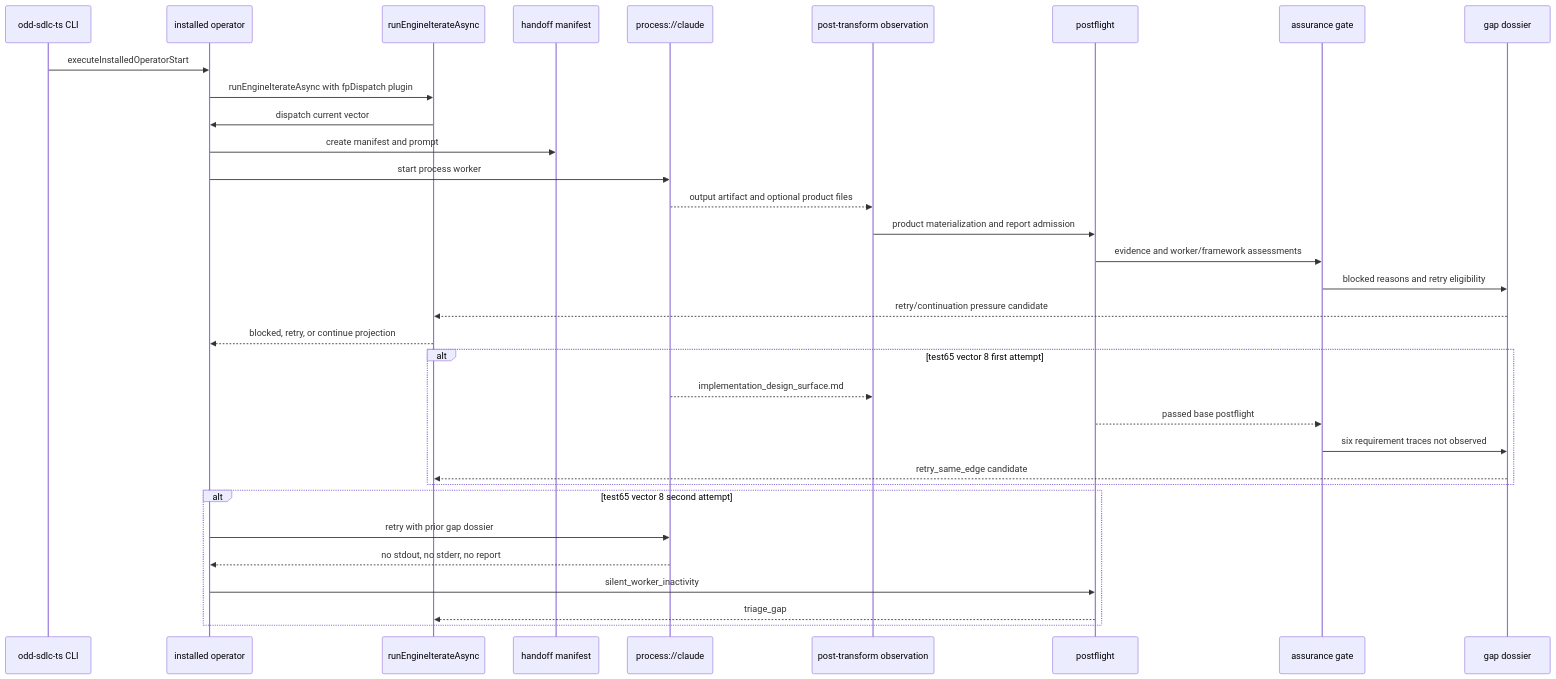
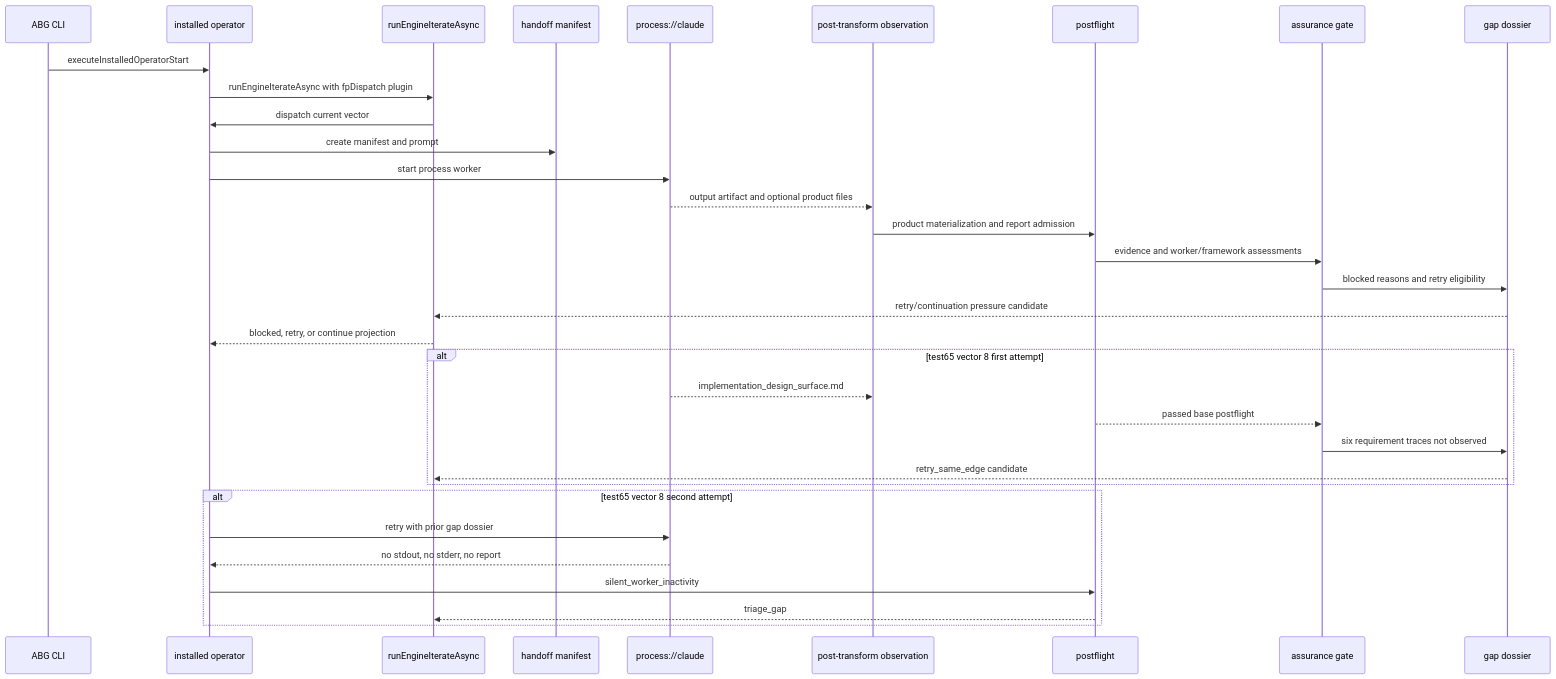
Before and after one commit to foolishimp/odd_sdlc: the fourth of 6 diagrams in build_tenants/typescript/design/ODD_SDLC_TYPESCRIPT_TRAVERSAL_LEDGER_SOLUTION.md, drawn with Mermaid. The commit also changed other lines of this file and 27 other files, not shown here.

Commit message:
Decommission odd_sdlc public CLI bin

````diff
--- a/build_tenants/typescript/design/ODD_SDLC_TYPESCRIPT_TRAVERSAL_LEDGER_SOLUTION.md
+++ b/build_tenants/typescript/design/ODD_SDLC_TYPESCRIPT_TRAVERSAL_LEDGER_SOLUTION.md
@@ -501,38 +501,38 @@
 ```mermaid
 sequenceDiagram
-  participant CLI as odd-sdlc-ts CLI
+  participant CLI as ABG CLI
   participant Operator as installed operator
   participant ABG as runEngineIterateAsync
   participant Handoff as handoff manifest
   participant Worker as process://claude
   participant Observe as post-transform observation
   participant Postflight as postflight
   participant Assurance as assurance gate
   participant Gap as gap dossier
 
   CLI->>Operator: executeInstalledOperatorStart
   Operator->>ABG: runEngineIterateAsync with fpDispatch plugin
   ABG->>Operator: dispatch current vector
   Operator->>Handoff: create manifest and prompt
   Operator->>Worker: start process worker
   Worker-->>Observe: output artifact and optional product files
   Observe->>Postflight: product materialization and report admission
   Postflight->>Assurance: evidence and worker/framework assessments
   Assurance->>Gap: blocked reasons and retry eligibility
   Gap-->>ABG: retry/continuation pressure candidate
   ABG-->>Operator: blocked, retry, or continue projection
 
   alt test65 vector 8 first attempt
     Worker-->>Observe: implementation_design_surface.md
     Postflight-->>Assurance: passed base postflight
     Assurance->>Gap: six requirement traces not observed
     Gap-->>ABG: retry_same_edge candidate
   end
 
   alt test65 vector 8 second attempt
     Operator->>Worker: retry with prior gap dossier
     Worker-->>Operator: no stdout, no stderr, no report
     Operator->>Postflight: silent_worker_inactivity
     Postflight-->>ABG: triage_gap
   end
 ```
````
